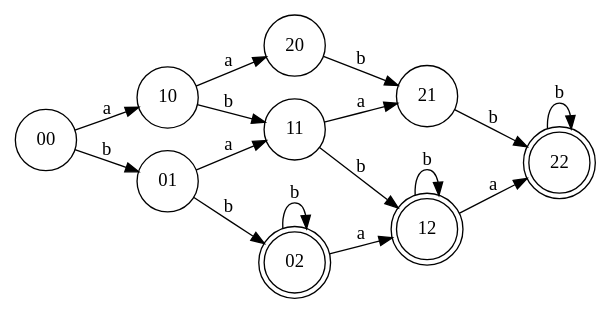
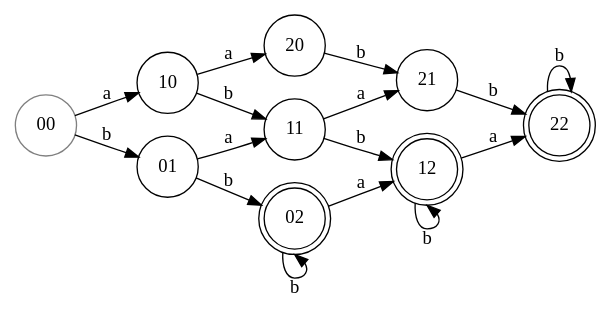
One commit to NRU-MPEI-IMAI/regular-languages-and-finite-machines-G0-G4 changed the diagram in images/g2.dot. Above: the diagram before and after it, drawn with Graphviz. The commit also changed 5 other files, not shown here.

```diff
--- a/images/g2.dot
+++ b/images/g2.dot
@@ -1,21 +1,22 @@
 digraph G{
   rankdir=LR;
   node [shape = doublecircle];02, 12, 22;
   node [shape = circle];
+  00 [color = "#808080"];
   00 -> 10 [label = "a"];
   01 -> 11 [label = "a"];
   02 -> 12 [label = "a"];
   10 -> 20 [label = "a"];
   11 -> 21 [label = "a"];
   12 -> 22 [label = "a"];
 
   00 -> 01 [label = "b"];
   01 -> 02 [label = "b"];     
-  02 -> 02 [label = "b"];     
+  02 -> 02:s [label = "b"];     
   10 -> 11 [label = "b"];
   11 -> 12 [label = "b"];
-  12 -> 12 [label = "b"];
+  12 -> 12:s [label = "b"];
   20 -> 21 [label = "b"];
   21 -> 22 [label = "b"];
   22 -> 22 [label = "b"];
 }
```
